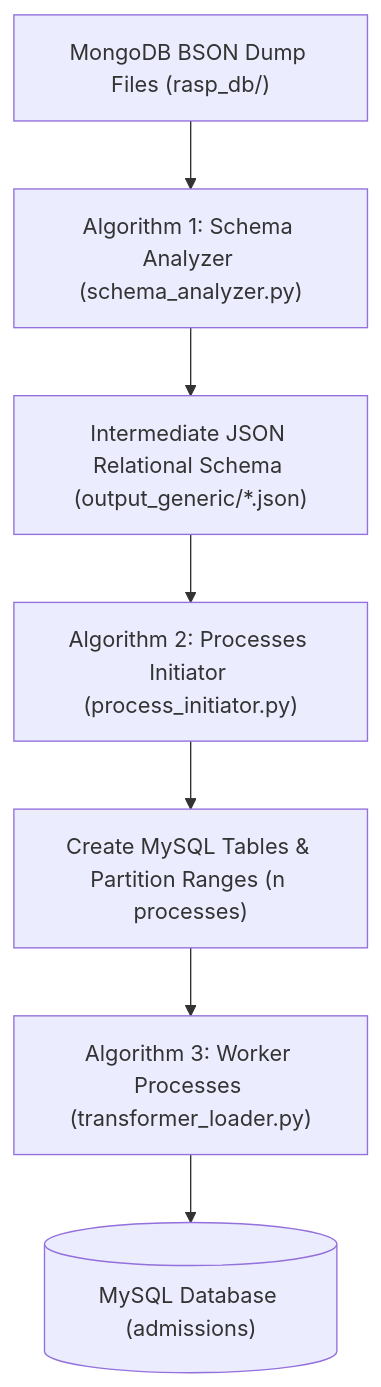
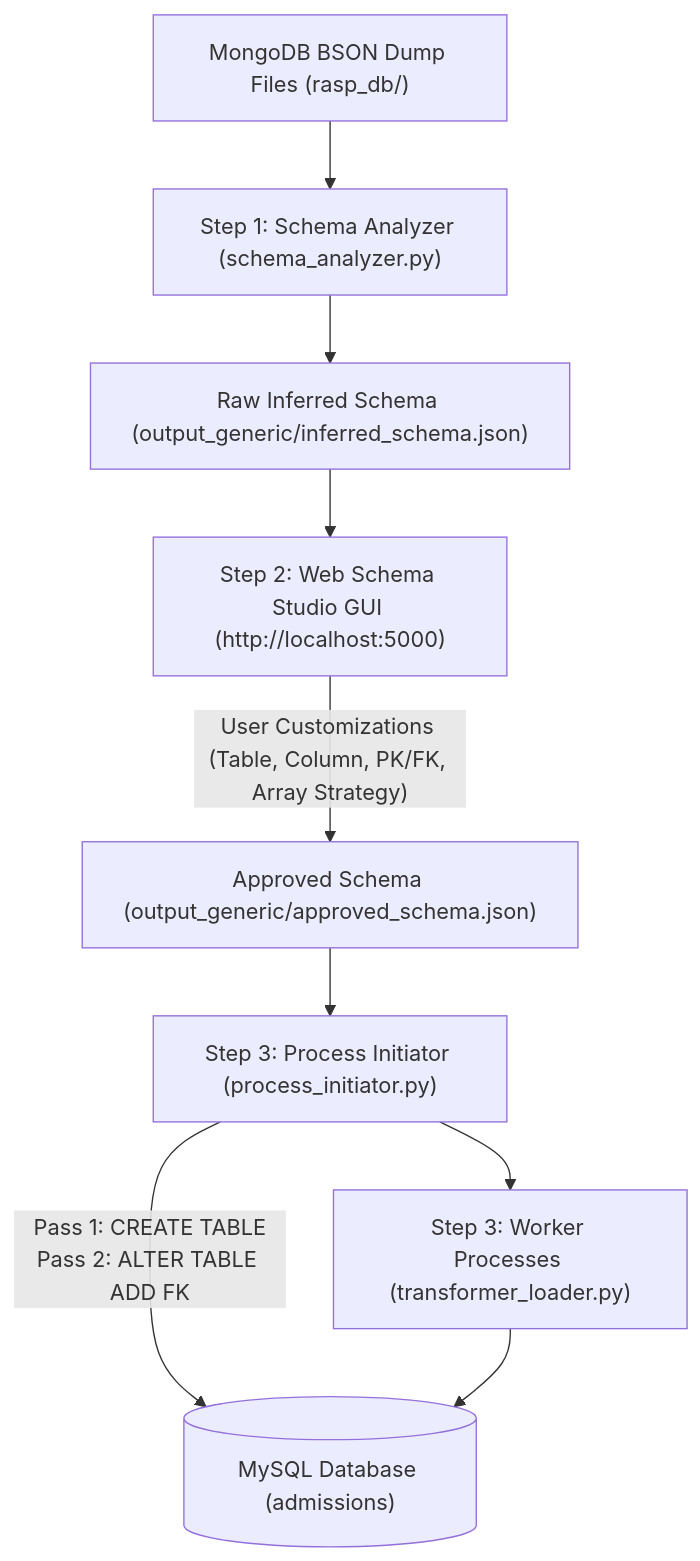
One commit to Sarvesh521/Migration-Project changed the diagram in etl_generic_walkthrough.md. Above: the diagram before and after it, drawn with Mermaid. The commit also changed other lines of this file and 1 other file, not shown here.

Commit message:
etl_generic_*.pdf files updated

````diff
--- a/etl_generic_walkthrough.md
+++ b/etl_generic_walkthrough.md
@@ -13,9 +15,11 @@
 ```mermaid
 flowchart TD
-    A["MongoDB BSON Dump Files (rasp_db/)"] --> B["Algorithm 1: Schema Analyzer (schema_analyzer.py)"]
-    B --> C["Intermediate JSON Relational Schema (output_generic/*.json)"]
-    C --> D["Algorithm 2: Processes Initiator (process_initiator.py)"]
-    D --> E["Create MySQL Tables & Partition Ranges (n processes)"]
-    E --> F["Algorithm 3: Worker Processes (transformer_loader.py)"]
-    F --> G[("MySQL Database (admissions)")]
+    A["MongoDB BSON Dump Files (rasp_db/)"] --> B["Step 1: Schema Analyzer (schema_analyzer.py)"]
+    B --> C["Raw Inferred Schema (output_generic/inferred_schema.json)"]
+    C --> D["Step 2: Web Schema Studio GUI (http://localhost:5000)"]
+    D -->|"User Customizations (Table, Column, PK/FK, Array Strategy)"| E["Approved Schema (output_generic/approved_schema.json)"]
+    E --> F["Step 3: Process Initiator (process_initiator.py)"]
+    F -->|"Pass 1: CREATE TABLE<br/>Pass 2: ALTER TABLE ADD FK"| G[("MySQL Database (admissions)")]
+    F --> H["Step 3: Worker Processes (transformer_loader.py)"]
+    H --> G
 ```
````
